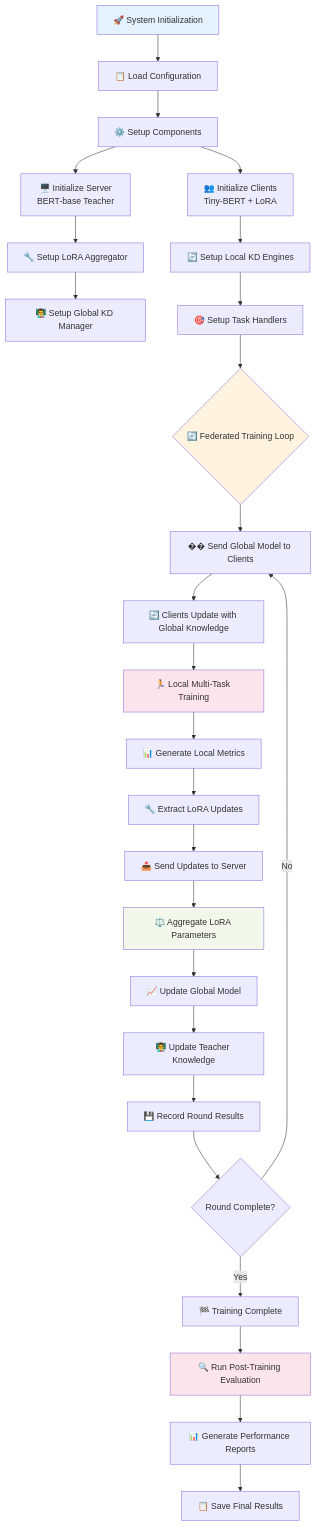
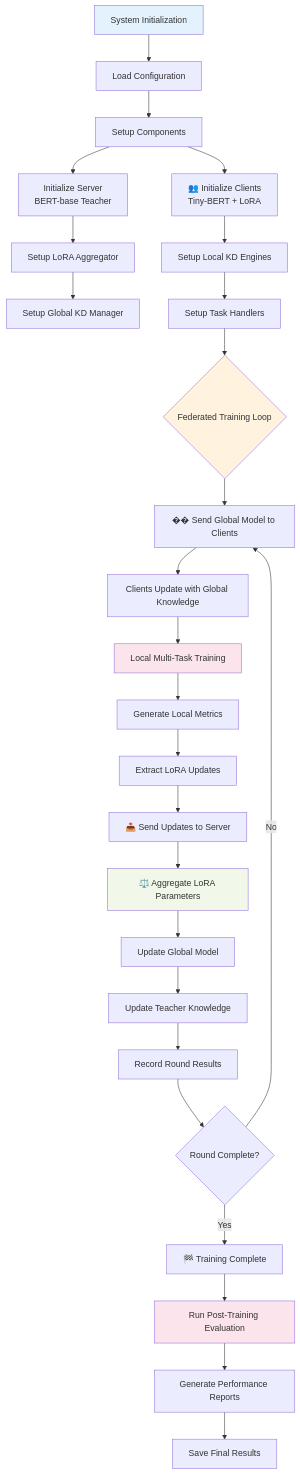
Before and after one commit to vinh1988/RT-FedMTL: the second of 5 diagrams in FedBERT-LoRA/FEDERATED_MTL_INTEGRATION_MAP.md, drawn with Mermaid. The commit also changed other lines of this file and 31 other files, not shown here.

````diff
--- a/FedBERT-LoRA/FEDERATED_MTL_INTEGRATION_MAP.md
+++ b/FedBERT-LoRA/FEDERATED_MTL_INTEGRATION_MAP.md
@@ -62,50 +62,50 @@
 ```mermaid
 flowchart TD
     %% Initialization
-    A[🚀 System Initialization] --> B[📋 Load Configuration]
-    B --> C[⚙️ Setup Components]
+    A[ System Initialization] --> B[ Load Configuration]
+    B --> C[ Setup Components]
     
     %% Server Setup
-    C --> D[🖥️ Initialize Server<br/>BERT-base Teacher]
-    D --> E[🔧 Setup LoRA Aggregator]
-    E --> F[👨‍🏫 Setup Global KD Manager]
+    C --> D[ Initialize Server<br/>BERT-base Teacher]
+    D --> E[ Setup LoRA Aggregator]
+    E --> F[ Setup Global KD Manager]
     
     %% Client Setup
     C --> G[👥 Initialize Clients<br/>Tiny-BERT + LoRA]
-    G --> H[🔄 Setup Local KD Engines]
-    H --> I[🎯 Setup Task Handlers]
+    G --> H[ Setup Local KD Engines]
+    H --> I[ Setup Task Handlers]
     
     %% Training Loop
-    I --> J{🔄 Federated Training Loop}
+    I --> J{ Federated Training Loop}
     
     %% Round Execution
     J --> K[�� Send Global Model to Clients]
-    K --> L[🔄 Clients Update with Global Knowledge]
-    L --> M[🏃 Local Multi-Task Training]
-    M --> N[📊 Generate Local Metrics]
-    N --> O[🔧 Extract LoRA Updates]
+    K --> L[ Clients Update with Global Knowledge]
+    L --> M[ Local Multi-Task Training]
+    M --> N[ Generate Local Metrics]
+    N --> O[ Extract LoRA Updates]
     O --> P[📤 Send Updates to Server]
     
     %% Server Processing
     P --> Q[⚖️ Aggregate LoRA Parameters]
-    Q --> R[📈 Update Global Model]
-    R --> S[👨‍🏫 Update Teacher Knowledge]
-    S --> T[💾 Record Round Results]
+    Q --> R[ Update Global Model]
+    R --> S[ Update Teacher Knowledge]
+    S --> T[ Record Round Results]
     
     %% Loop Control
     T --> U{Round Complete?}
     U -->|No| K
     U -->|Yes| V[🏁 Training Complete]
     
     %% Post-Training
-    V --> W[🔍 Run Post-Training Evaluation]
-    W --> X[📊 Generate Performance Reports]
-    X --> Y[📋 Save Final Results]
+    V --> W[ Run Post-Training Evaluation]
+    W --> X[ Generate Performance Reports]
+    X --> Y[ Save Final Results]
     
     %% Styling
     style A fill:#e3f2fd
     style J fill:#fff3e0
     style M fill:#fce4ec
     style Q fill:#f1f8e9
     style W fill:#fce4ec
 ```
````
